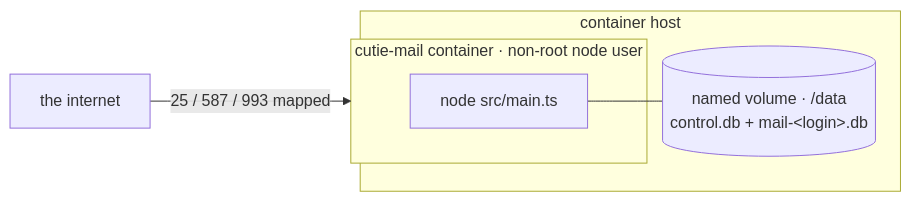
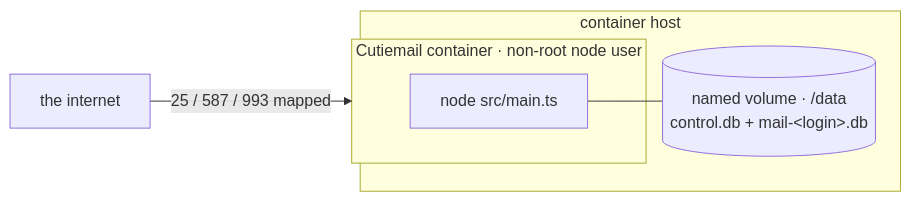
The diagram in docs/decisions/0021-container-image.md (jamie-lord/cutiemail), drawn with Mermaid before and after one commit. The commit also changed 21 other files, not shown here.

````diff
--- a/docs/decisions/0021-container-image.md
+++ b/docs/decisions/0021-container-image.md
@@ -45,11 +45,11 @@
 ```mermaid
 flowchart LR
     subgraph HOST[container host]
-        subgraph C[cutie-mail container · non-root node user]
+        subgraph C[Cutiemail container · non-root node user]
             D[node src/main.ts]
         end
         V[(named volume · /data<br/>control.db + mail-&lt;login&gt;.db)]
         D --- V
     end
     NET[the internet] -->|"25 / 587 / 993 mapped"| C
 ```
````
